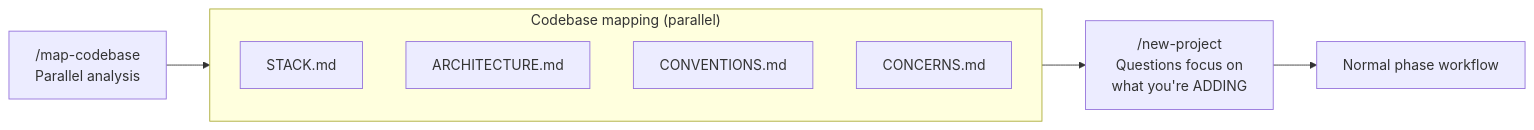
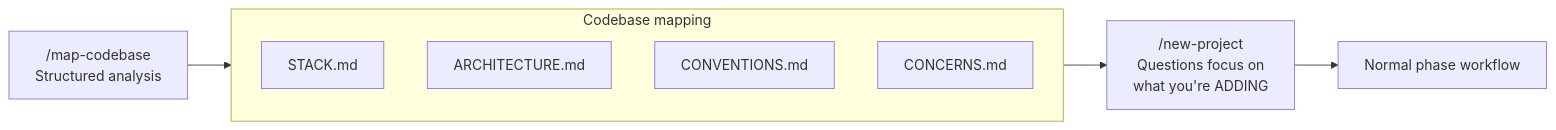
Before and after one commit to AdrianTJ/learnship: the seventh of 7 diagrams in README.md, drawn with Mermaid. The commit also changed other lines of this file and 25 other files, not shown here.

````diff
--- a/README.md
+++ b/README.md
@@ -234,15 +234,15 @@
 ```mermaid
 flowchart LR
-    MC["/map-codebase<br/>Parallel analysis"]
+    MC["/map-codebase<br/>Structured analysis"]
 
-    subgraph MAPS["Codebase mapping (parallel)"]
+    subgraph MAPS["Codebase mapping"]
         S["STACK.md"]
         A["ARCHITECTURE.md"]
         C["CONVENTIONS.md"]
         CO["CONCERNS.md"]
     end
 
     MC --> MAPS
     MAPS --> NP["/new-project<br/>Questions focus on<br/>what you're ADDING"]
     NP --> PHASE["Normal phase workflow"]
 ```
````
